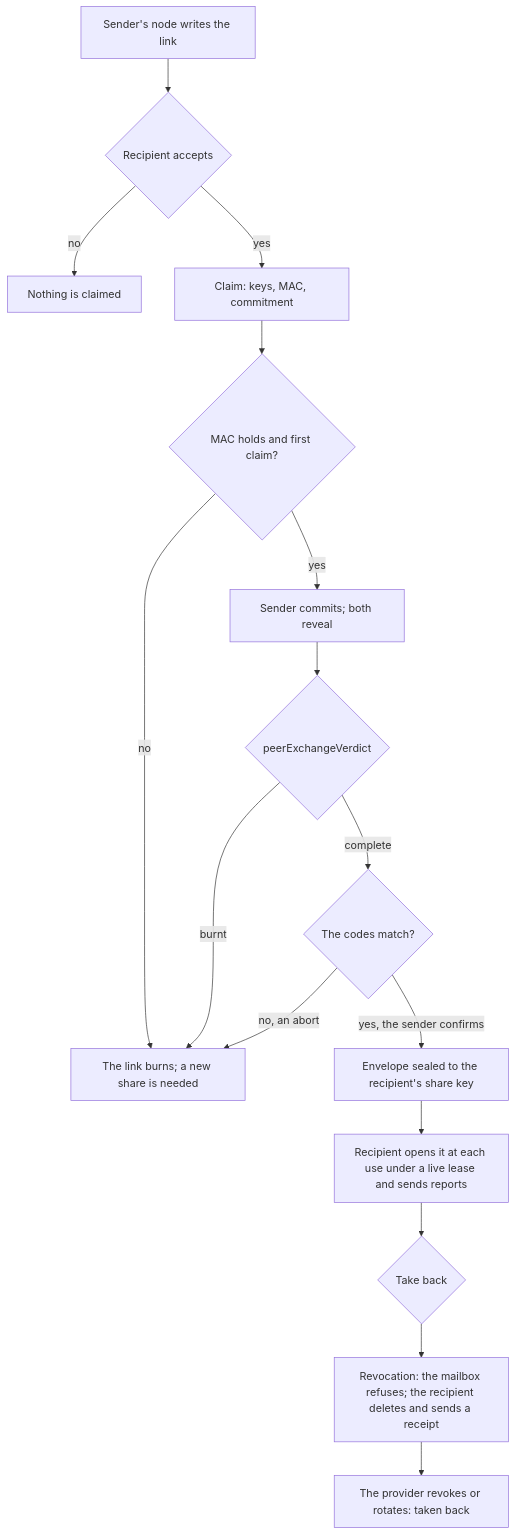
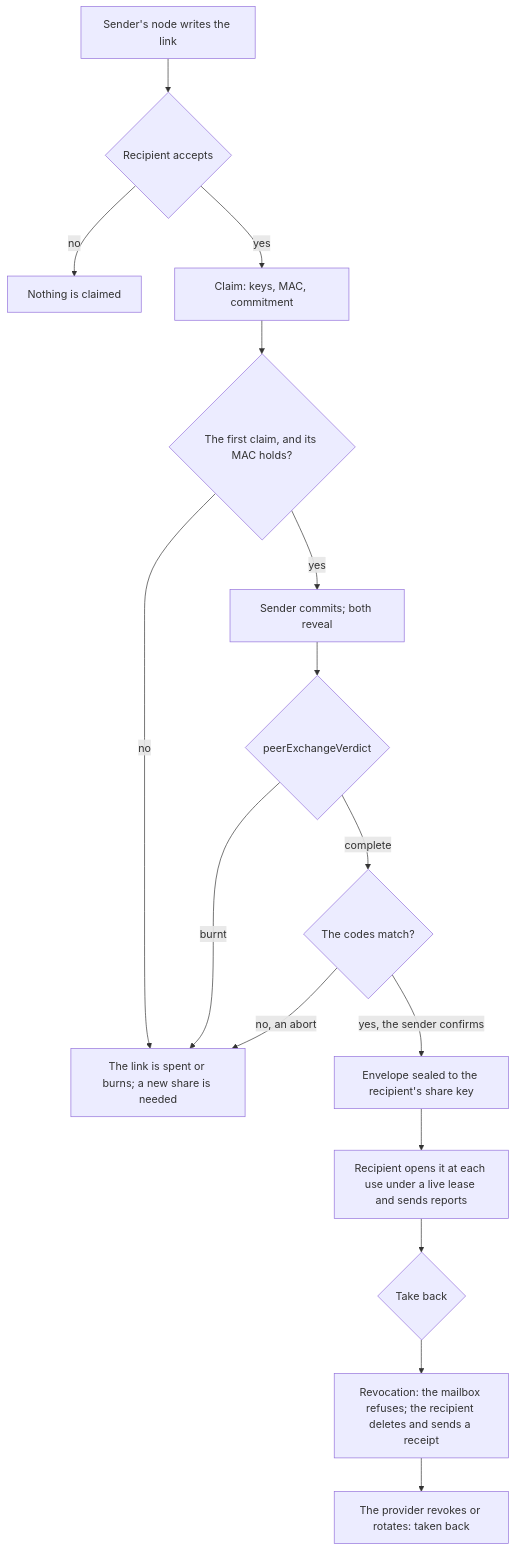
Diagram 33 of 34 in docs/ux/flows.md (passioncode-ai/fabric-agent-contract), drawn with Mermaid before and after one commit. The commit also changed 20 other files, not shown here.

````diff
--- a/docs/ux/flows.md
+++ b/docs/ux/flows.md
@@ -833,18 +833,18 @@
 ```mermaid
 flowchart TD
   L[Sender's node writes the link] --> A{Recipient accepts}
   A -->|no| N[Nothing is claimed]
   A -->|yes| C[Claim: keys, MAC, commitment]
-  C --> M{MAC holds and first claim?}
-  M -->|no| B[The link burns; a new share is needed]
+  C --> M{The first claim, and its MAC holds?}
+  M -->|no| B[The link is spent or burns; a new share is needed]
   M -->|yes| K[Sender commits; both reveal]
   K --> V{peerExchangeVerdict}
   V -->|burnt| B
   V -->|complete| S{The codes match?}
   S -->|no, an abort| B
   S -->|yes, the sender confirms| E[Envelope sealed to the recipient's share key]
   E --> U[Recipient opens it at each use under a live lease and sends reports]
   U --> T{Take back}
   T --> R[Revocation: the mailbox refuses; the recipient deletes and sends a receipt]
   R --> P[The provider revokes or rotates: taken back]
 ```
````
